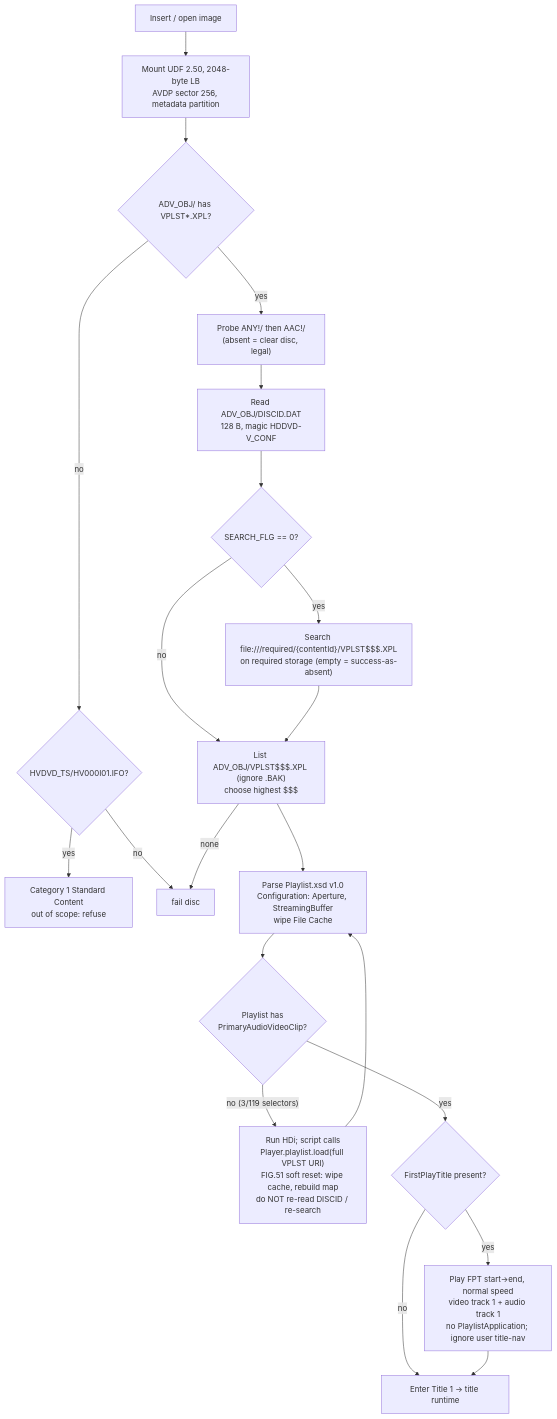
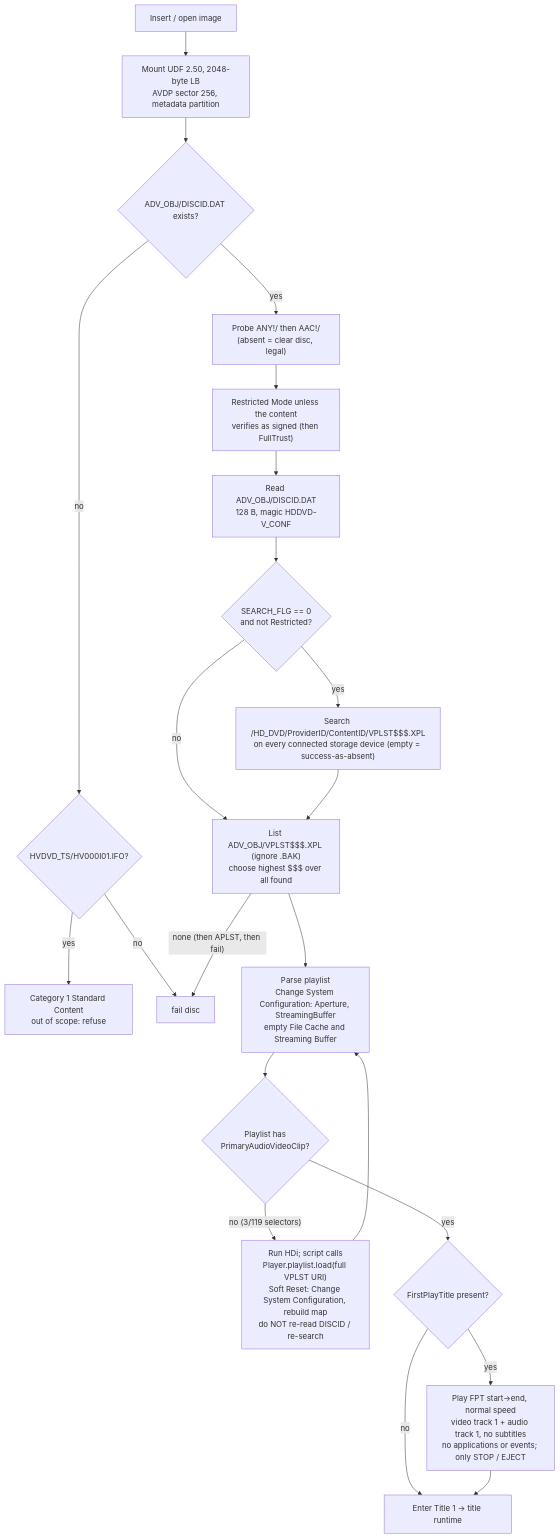
Before and after one commit to XHCFS/HDDVD: the first of 4 diagrams in spec/advanced/10_playback.md, drawn with Mermaid. The commit also changed other lines of this file and 33 other files, not shown here.

First line of the commit message:
Update the playback flow and gap register from the book

````diff
--- a/spec/advanced/10_playback.md
+++ b/spec/advanced/10_playback.md
@@ -21,23 +22,24 @@
 ```{mermaid}
 flowchart TD
   I["Insert / open image"] --> U["Mount UDF 2.50, 2048-byte LB<br/>AVDP sector 256, metadata partition"]
-  U --> CAT{"ADV_OBJ/ has VPLST*.XPL?"}
+  U --> CAT{"ADV_OBJ/DISCID.DAT exists?"}
   CAT -->|no| C1{"HVDVD_TS/HV000I01.IFO?"}
   C1 -->|yes| REF["Category 1 Standard Content<br/>out of scope: refuse"]
   C1 -->|no| FAIL["fail disc"]
   CAT -->|yes| AACS["Probe ANY!/ then AAC!/<br/>(absent = clear disc, legal)"]
-  AACS --> DID["Read ADV_OBJ/DISCID.DAT<br/>128 B, magic HDDVD-V_CONF"]
-  DID --> SF{"SEARCH_FLG == 0?"}
-  SF -->|yes| PS["Search file:///required/{contentId}/VPLST$$$.XPL<br/>on required storage (empty = success-as-absent)"]
+  AACS --> RM["Restricted Mode unless the content<br/>verifies as signed (then FullTrust)"]
+  RM --> DID["Read ADV_OBJ/DISCID.DAT<br/>128 B, magic HDDVD-V_CONF"]
+  DID --> SF{"SEARCH_FLG == 0<br/>and not Restricted?"}
+  SF -->|yes| PS["Search /HD_DVD/ProviderID/ContentID/VPLST$$$.XPL<br/>on every connected storage device (empty = success-as-absent)"]
   SF -->|no| DISC1
-  PS --> DISC1["List ADV_OBJ/VPLST$$$.XPL (ignore .BAK)<br/>choose highest $$$"]
-  DISC1 -->|none| FAIL
-  DISC1 --> PARSE["Parse Playlist.xsd v1.0<br/>Configuration: Aperture, StreamingBuffer<br/>wipe File Cache"]
+  PS --> DISC1["List ADV_OBJ/VPLST$$$.XPL (ignore .BAK)<br/>choose highest $$$ over all found"]
+  DISC1 -->|"none (then APLST, then fail)"| FAIL
+  DISC1 --> PARSE["Parse playlist<br/>Change System Configuration: Aperture, StreamingBuffer<br/>empty File Cache and Streaming Buffer"]
   PARSE --> HASCLIP{"Playlist has<br/>PrimaryAudioVideoClip?"}
-  HASCLIP -->|"no (3/119 selectors)"| SEL["Run HDi; script calls<br/>Player.playlist.load(full VPLST URI)<br/>FIG.51 soft reset: wipe cache, rebuild map<br/>do NOT re-read DISCID / re-search"]
+  HASCLIP -->|"no (3/119 selectors)"| SEL["Run HDi; script calls<br/>Player.playlist.load(full VPLST URI)<br/>Soft Reset: Change System Configuration, rebuild map<br/>do NOT re-read DISCID / re-search"]
   SEL --> PARSE
   HASCLIP -->|yes| FPT{"FirstPlayTitle present?"}
-  FPT -->|yes| PLAYFPT["Play FPT start->end, normal speed<br/>video track 1 + audio track 1<br/>no PlaylistApplication; ignore user title-nav"]
+  FPT -->|yes| PLAYFPT["Play FPT start->end, normal speed<br/>video track 1 + audio track 1, no subtitles<br/>no applications or events; only STOP / EJECT"]
   FPT -->|no| T1
   PLAYFPT --> T1["Enter Title 1 -> title runtime"]
 ```
````
